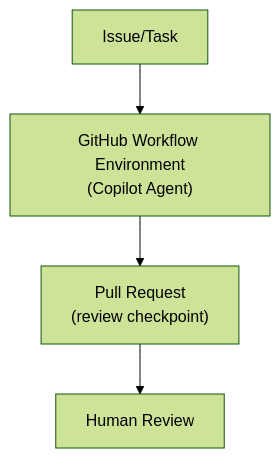
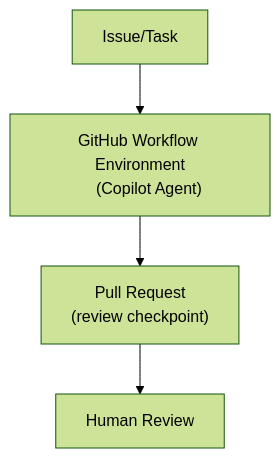
Before and after one commit to DavideDaniel/research: the fourth of 4 diagrams in docs/papers/agentic-tools/tool-analysis.md, drawn with Mermaid (forest theme). The commit also changed other lines of this file, not shown here.

First line of the commit message:
Fix Mermaid diagram text cutoff issues

````diff
--- a/docs/papers/agentic-tools/tool-analysis.md
+++ b/docs/papers/agentic-tools/tool-analysis.md
@@ -464,7 +469,10 @@
 ```mermaid
+%%{init: {'flowchart': {'nodeSpacing': 30, 'rankSpacing': 50}}}%%
 flowchart TD
     A["Issue/Task"]
-    A --> B["GitHub Workflow Environment<br/>(Copilot Agent)"]
-    B --> C["Pull Request<br/>(review checkpoint)"]
+    A --> B["GitHub Workflow Environment
+    (Copilot Agent)"]
+    B --> C["Pull Request
+    (review checkpoint)"]
     C --> D["Human Review"]
 ```
````
